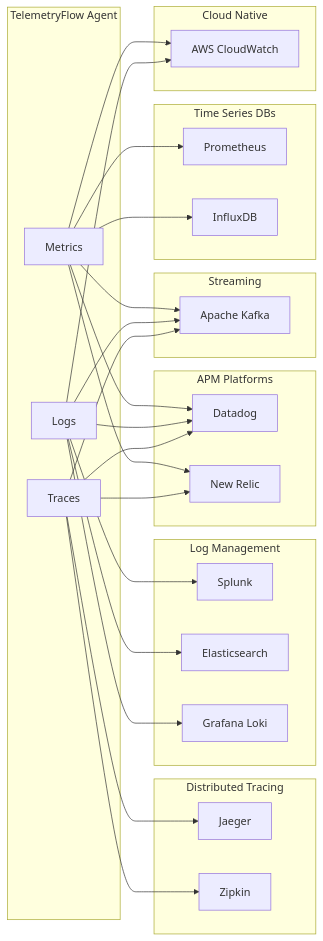
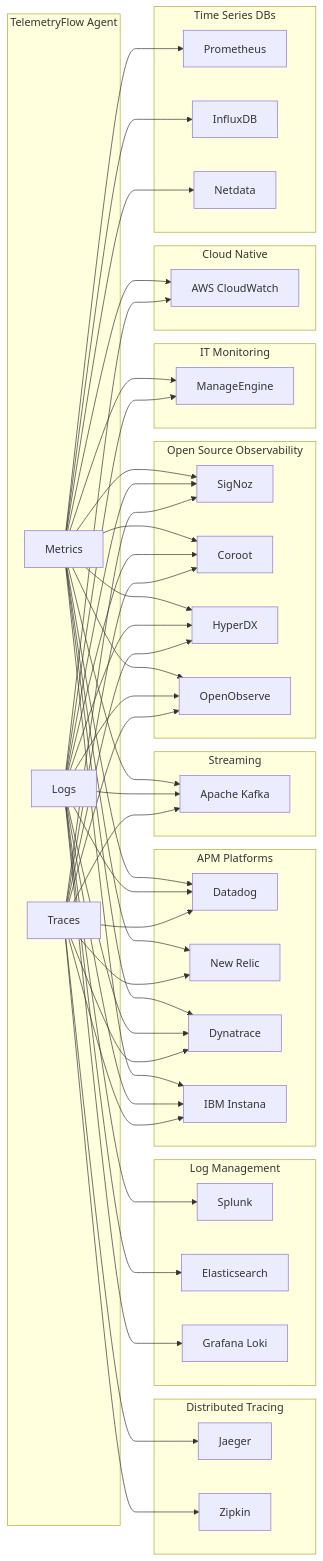
The first of 10 diagrams in docs/integrations/OBSERVABILITY.md (telemetryflow/telemetryflow-agent), drawn with Mermaid before and after one commit. The commit also changed other lines of this file and 56 other files, not shown here.

````diff
--- a/docs/integrations/OBSERVABILITY.md
+++ b/docs/integrations/OBSERVABILITY.md
@@ -9,42 +9,56 @@
 ```mermaid
 flowchart LR
     subgraph "TelemetryFlow Agent"
         M[Metrics]
         L[Logs]
         T[Traces]
     end
 
     subgraph "Time Series DBs"
         PROM[Prometheus]
         INFLUX[InfluxDB]
+        ND[Netdata]
     end
 
     subgraph "APM Platforms"
         DD[Datadog]
         NR[New Relic]
+        DT[Dynatrace]
+        INST[IBM Instana]
+    end
+
+    subgraph "Open Source Observability"
+        SIGNOZ[SigNoz]
+        COROOT[Coroot]
+        HYPERDX[HyperDX]
+        OPENOBS[OpenObserve]
+    end
+
+    subgraph "IT Monitoring"
+        ME[ManageEngine]
     end
 
     subgraph "Log Management"
         SPLUNK[Splunk]
         ES[Elasticsearch]
         LOKI[Grafana Loki]
     end
 
     subgraph "Distributed Tracing"
         JAEGER[Jaeger]
         ZIPKIN[Zipkin]
     end
 
     subgraph "Streaming"
         KAFKA[Apache Kafka]
     end
 
     subgraph "Cloud Native"
         CW[AWS CloudWatch]
     end
 
-    M --> PROM & INFLUX & DD & NR & CW
-    L --> SPLUNK & ES & LOKI & DD & CW
-    T --> JAEGER & ZIPKIN & DD & NR
-    M & L & T --> KAFKA
+    M --> PROM & INFLUX & DD & NR & DT & INST & ME & CW & ND
+    L --> SPLUNK & ES & LOKI & DD & DT & INST & ME & CW
+    T --> JAEGER & ZIPKIN & DD & NR & DT & INST
+    M & L & T --> KAFKA & SIGNOZ & COROOT & HYPERDX & OPENOBS
 ```
````
